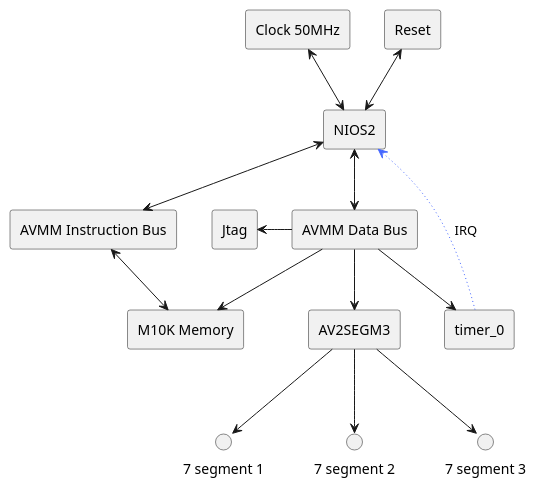
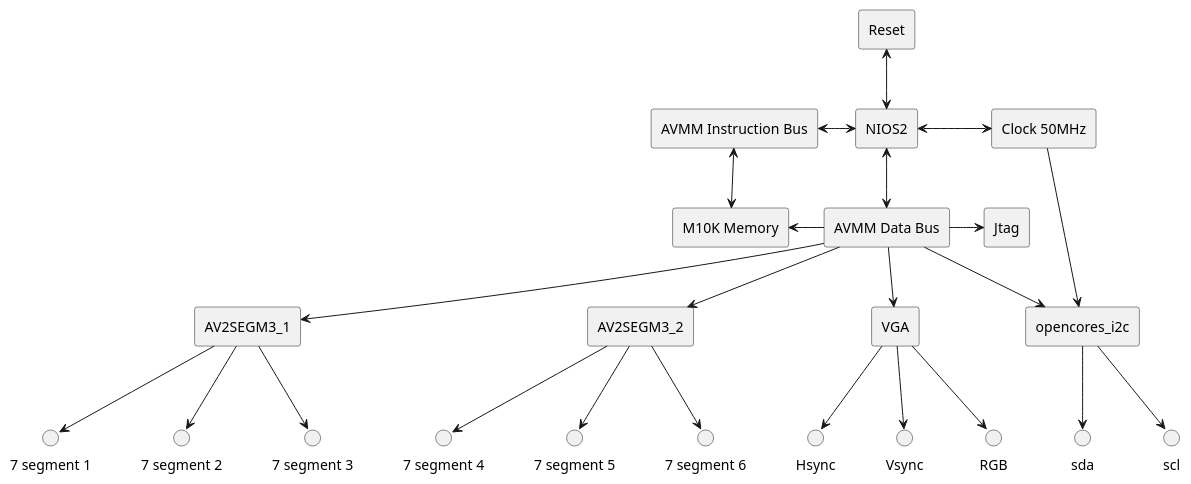
Before and after one commit to ESN2025/GEOFFRE_Project: the second of 2 diagrams in readme.md, drawn with PlantUML. The commit also changed other lines of this file and 494 other files, not shown here.

````diff
--- a/readme.md
+++ b/readme.md
@@ -63,29 +69,42 @@
 ```plantuml
 @startuml
 
 rectangle NIOS2
 rectangle Reset
 rectangle Jtag
 rectangle "Clock 50MHz"
 rectangle "M10K Memory"
 rectangle "AVMM Data Bus"
 rectangle "AVMM Instruction Bus"
-rectangle "AV2SEGM3"
-rectangle timer_0
+rectangle "AV2SEGM3_1"
+rectangle "AV2SEGM3_2"
+rectangle "opencores_i2c"
+rectangle "VGA"
 
 NIOS2 <-u-> Reset 
-NIOS2 <-u-> "Clock 50MHz"
-NIOS2 <-d-> "AVMM Instruction Bus"
+NIOS2 <-r-> "Clock 50MHz"
+NIOS2 <-l-> "AVMM Instruction Bus"
 NIOS2 <-d-> "AVMM Data Bus"
 "AVMM Instruction Bus" <-d-> "M10K Memory"
-"AVMM Data Bus" -l-> Jtag
-"AVMM Data Bus" -d-> "AV2SEGM3"
-"AVMM Data Bus" -d-> timer_0
-"AVMM Data Bus" -r-> "M10K Memory"
-timer_0 -u[#4567ff,dotted]-> NIOS2 : IRQ
-"AV2SEGM3" -d-> "7 segment 1"
-"AV2SEGM3" -d-> "7 segment 2"
-"AV2SEGM3" -d-> "7 segment 3"
+"AVMM Data Bus" -r-> Jtag
+"AVMM Data Bus" -d-> "AV2SEGM3_1"
+"AVMM Data Bus" -d-> "AV2SEGM3_2"
+"AVMM Data Bus" -l-> "M10K Memory"
+"AVMM Data Bus" --> "opencores_i2c"
+"AVMM Data Bus" --> "VGA"
+"Clock 50MHz" --> "opencores_i2c"
+"opencores_i2c" --> "scl"
+"opencores_i2c" --> "sda"
+"AV2SEGM3_1" -d-> "7 segment 1"
+"AV2SEGM3_1" -d-> "7 segment 2"
+"AV2SEGM3_1" -d-> "7 segment 3"
+"AV2SEGM3_2" -d-> "7 segment 4"
+"AV2SEGM3_2" -d-> "7 segment 5"
+"AV2SEGM3_2" -d-> "7 segment 6"
+
+"VGA" -d-> "Hsync"
+"VGA" -d-> "Vsync"
+"VGA" -d-> "RGB"
 
 @enduml
 ```
````
